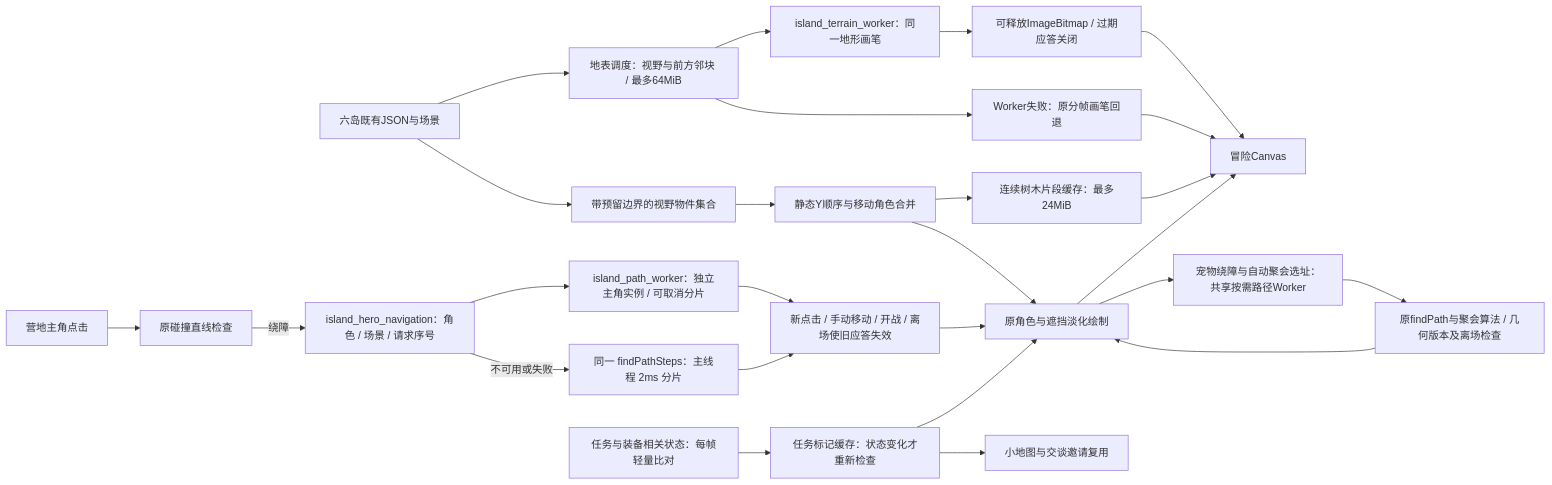
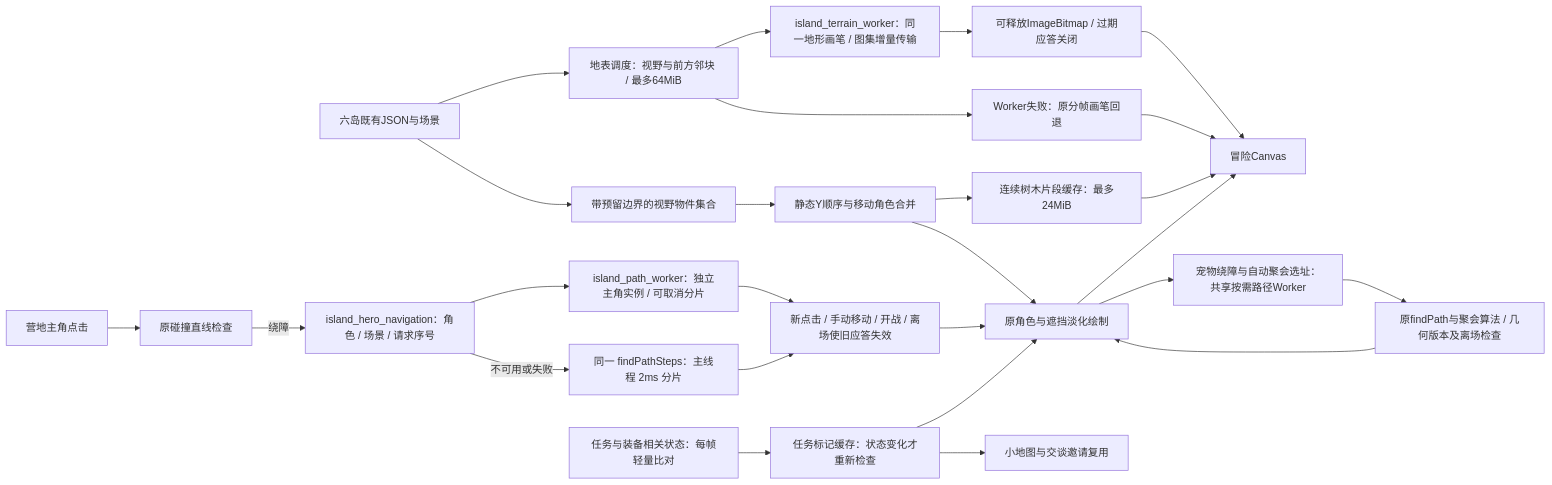
Before and after one commit to LiXizhi/HaqiWebTools: the second of 29 diagrams in HaqiCombatSim/docs/architecture.md, drawn with Mermaid. The commit also changed other lines of this file and 9 other files, not shown here.

````diff
--- a/HaqiCombatSim/docs/architecture.md
+++ b/HaqiCombatSim/docs/architecture.md
@@ -42,28 +42,28 @@
 ```mermaid
 flowchart LR
     Island[六岛既有JSON与场景] --> ViewSet[带预留边界的视野物件集合]
     ViewSet --> Order[静态Y顺序与移动角色合并]
     Order --> Trees[连续树木片段缓存：最多24MiB]
     Order --> Actors[原角色与遮挡淡化绘制]
     Island --> Tiles[地表调度：视野与前方邻块 / 最多64MiB]
-    Tiles --> Worker[island_terrain_worker：同一地形画笔]
+    Tiles --> Worker[island_terrain_worker：同一地形画笔 / 图集增量传输]
     Worker --> Bitmap[可释放ImageBitmap / 过期应答关闭]
     Tiles --> Fallback[Worker失败：原分帧画笔回退]
     Bitmap --> Canvas[冒险Canvas]
     Fallback --> Canvas
     Trees --> Canvas
     Actors --> Canvas
     Actors --> PetPaths[宠物绕障与自动聚会选址：共享按需路径Worker]
     PetPaths --> OriginalPath[原findPath与聚会算法 / 几何版本及离场检查]
     OriginalPath --> Actors
     Click[营地主角点击] --> Direct[原碰撞直线检查]
     Direct -->|绕障| HeroNav[island_hero_navigation：角色 / 场景 / 请求序号]
     HeroNav --> HeroWorker[island_path_worker：独立主角实例 / 可取消分片]
     HeroNav -->|不可用或失败| HeroFallback[同一 findPathSteps：主线程 2ms 分片]
     HeroWorker --> Valid[新点击 / 手动移动 / 开战 / 离场使旧应答失效]
     HeroFallback --> Valid
     Valid --> Actors
     QuestInputs[任务与装备相关状态：每帧轻量比对] --> MarkerCache[任务标记缓存：状态变化才重新检查]
     MarkerCache --> Actors
     MarkerCache --> Minimap[小地图与交谈邀请复用]
 ```
````
